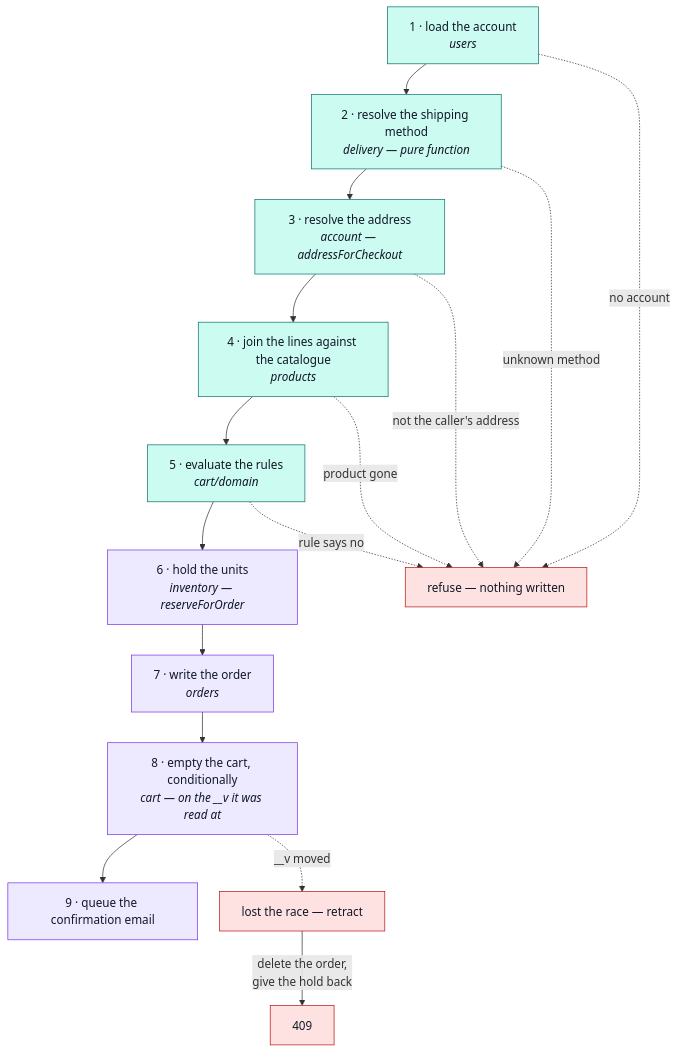
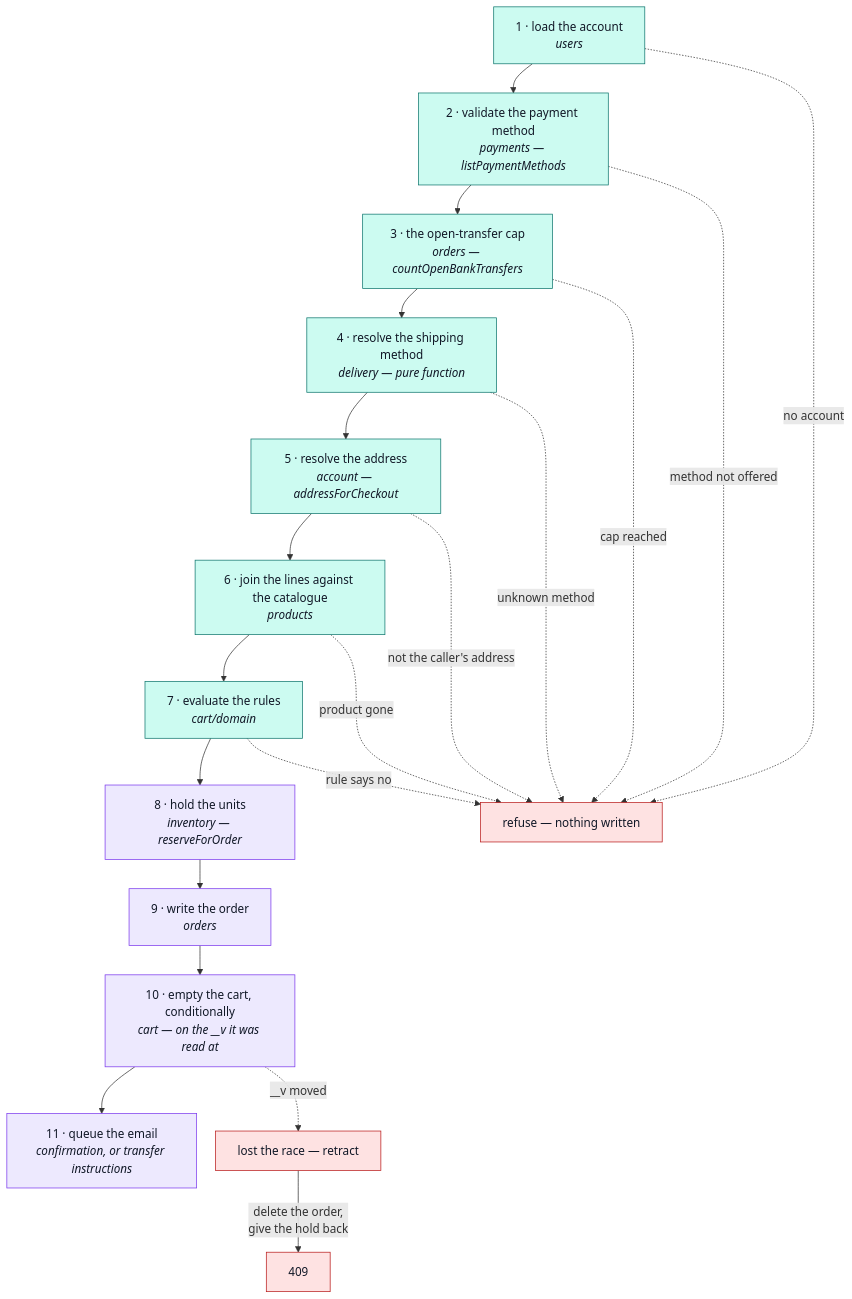
The diagram in docs/modules/cart-checkout.md (Guebbit/boilerplate-node-backend), drawn with Mermaid before and after one commit. The commit also changed other lines of this file and 51 other files, not shown here.

````diff
--- a/docs/modules/cart-checkout.md
+++ b/docs/modules/cart-checkout.md
@@ -24,30 +25,34 @@
 ```mermaid
-%%{init: {'flowchart': {'nodeSpacing': 30, 'rankSpacing': 42}}}%%
+%%{init: {'flowchart': {'nodeSpacing': 26, 'rankSpacing': 40}}}%%
 flowchart TD
-    A["1 · load the account<br/><i>users</i>"] --> B["2 · resolve the shipping method<br/><i>delivery — pure function</i>"]
-    B --> C["3 · resolve the address<br/><i>account — addressForCheckout</i>"]
-    C --> D["4 · join the lines against the catalogue<br/><i>products</i>"]
-    D --> E["5 · evaluate the rules<br/><i>cart/domain</i>"]
-    E --> F["6 · hold the units<br/><i>inventory — reserveForOrder</i>"]
-    F --> G["7 · write the order<br/><i>orders</i>"]
-    G --> H["8 · empty the cart, conditionally<br/><i>cart — on the __v it was read at</i>"]
-    H --> I["9 · queue the confirmation email"]
+    A["1 · load the account<br/><i>users</i>"] --> P["2 · validate the payment method<br/><i>payments — listPaymentMethods</i>"]
+    P --> Q["3 · the open-transfer cap<br/><i>orders — countOpenBankTransfers</i>"]
+    Q --> B["4 · resolve the shipping method<br/><i>delivery — pure function</i>"]
+    B --> C["5 · resolve the address<br/><i>account — addressForCheckout</i>"]
+    C --> D["6 · join the lines against the catalogue<br/><i>products</i>"]
+    D --> E["7 · evaluate the rules<br/><i>cart/domain</i>"]
+    E --> F["8 · hold the units<br/><i>inventory — reserveForOrder</i>"]
+    F --> G["9 · write the order<br/><i>orders</i>"]
+    G --> H["10 · empty the cart, conditionally<br/><i>cart — on the __v it was read at</i>"]
+    H --> I["11 · queue the email<br/><i>confirmation, or transfer instructions</i>"]
 
     R["refuse — nothing written"]
     A -.->|"no account"| R
+    P -.->|"method not offered"| R
+    Q -.->|"cap reached"| R
     B -.->|"unknown method"| R
     C -.->|"not the caller's address"| R
     D -.->|"product gone"| R
     E -.->|"rule says no"| R
 
     L["lost the race — retract"]
     H -.->|"__v moved"| L
     L -->|"delete the order,<br/>give the hold back"| M["409"]
 
     classDef read fill:#ccfbf1,stroke:#0f766e,color:#111827;
     classDef write fill:#ede9fe,stroke:#7c3aed,color:#111827;
     classDef bad fill:#fee2e2,stroke:#b91c1c,color:#111827;
-    class A,B,C,D,E read;
+    class A,P,Q,B,C,D,E read;
     class F,G,H,I write;
     class R,L,M bad;
 ```
````
